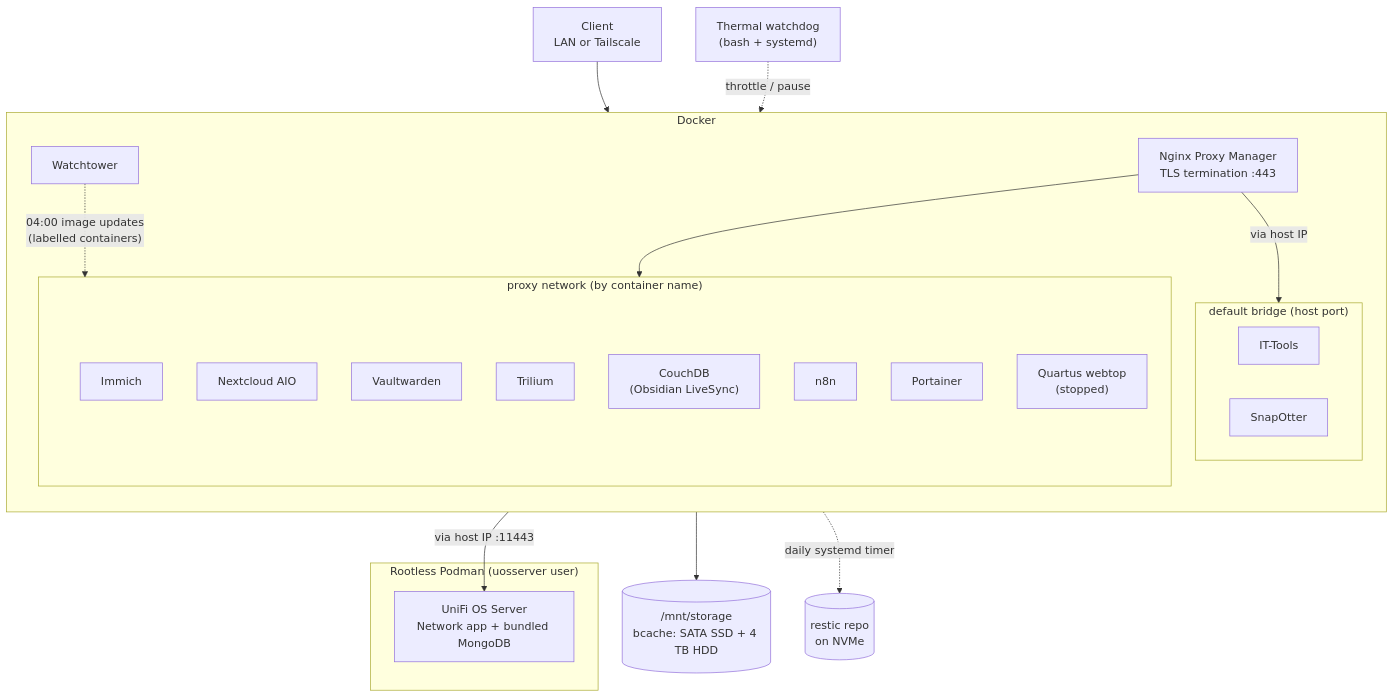
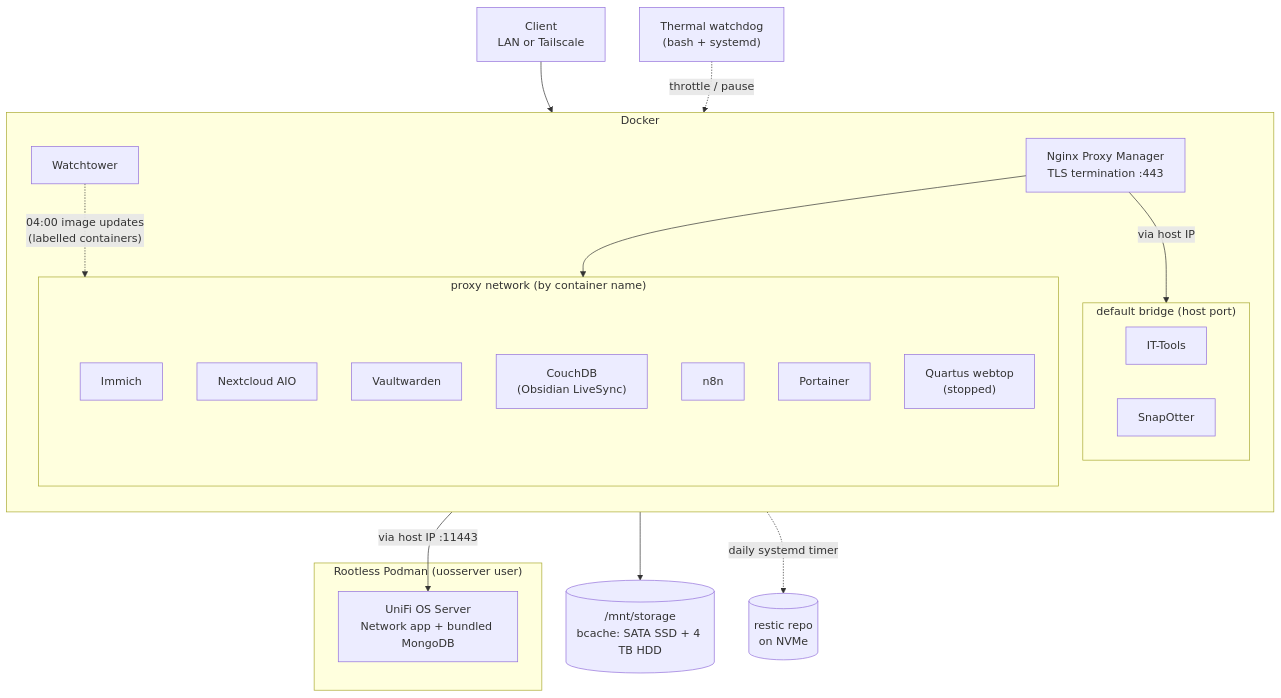
Before and after one commit to schultzn6619/homelab-documentation: the second of 2 diagrams in README.md, drawn with Mermaid. The commit also changed other lines of this file and 6 other files, not shown here.

````diff
--- a/README.md
+++ b/README.md
@@ -55,37 +55,36 @@
 ```mermaid
 flowchart TB
     Client[Client<br/>LAN or Tailscale] --> NPM["Nginx Proxy Manager<br/>TLS termination :443"]
 
     subgraph Docker["Docker"]
         direction TB
         NPM
         subgraph Proxy["proxy network (by container name)"]
             Immich
             Nextcloud[Nextcloud AIO]
             Vaultwarden
-            Trilium
             CouchDB["CouchDB<br/>(Obsidian LiveSync)"]
             n8n
             Portainer
             Quartus["Quartus webtop<br/>(stopped)"]
         end
         subgraph Bridge["default bridge (host port)"]
             ITTools[IT-Tools]
             SnapOtter
         end
         Watchtower -. "04:00 image updates<br/>(labelled containers)" .-> Proxy
     end
 
     subgraph Podman["Rootless Podman (uosserver user)"]
         UOS["UniFi OS Server<br/>Network app + bundled MongoDB"]
     end
 
     NPM --> Proxy
     NPM -- "via host IP" --> Bridge
     NPM -- "via host IP :11443" --> UOS
 
     Proxy --> Storage[("/mnt/storage<br/>bcache: SATA SSD + 4 TB HDD")]
     Proxy -. "daily systemd timer" .-> Backups[("restic repo<br/>on NVMe")]
 
     Watchdog["Thermal watchdog<br/>(bash + systemd)"] -. "throttle / pause" .-> Immich
 ```
````
